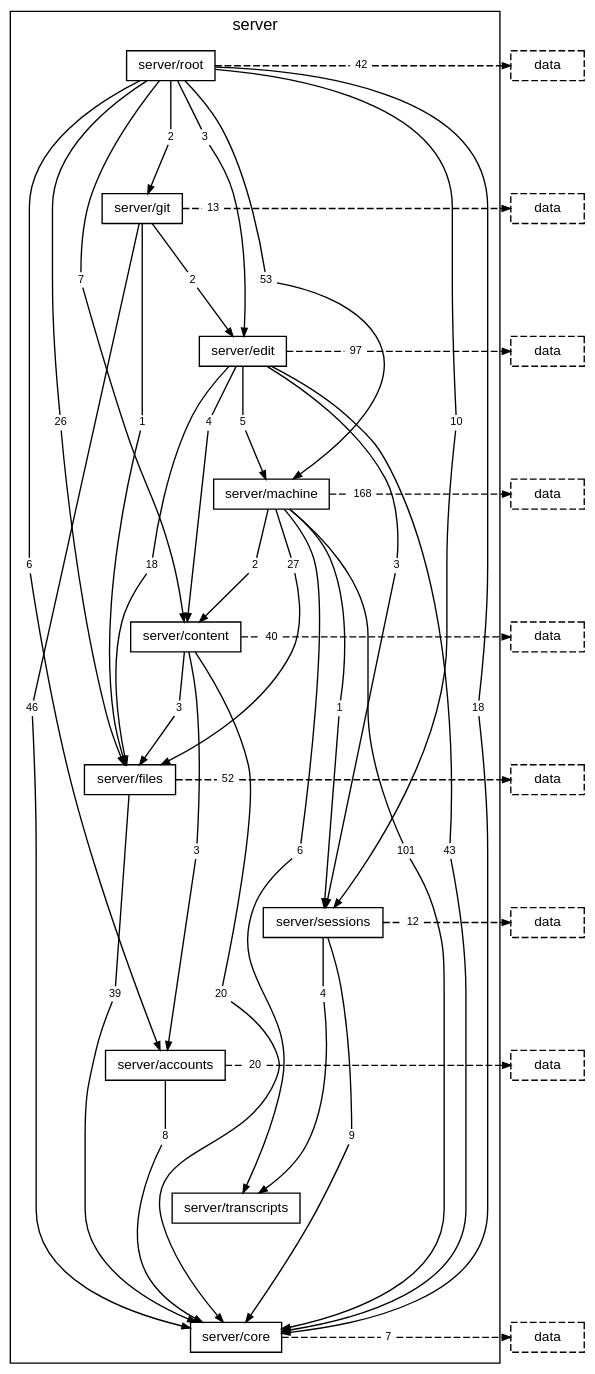
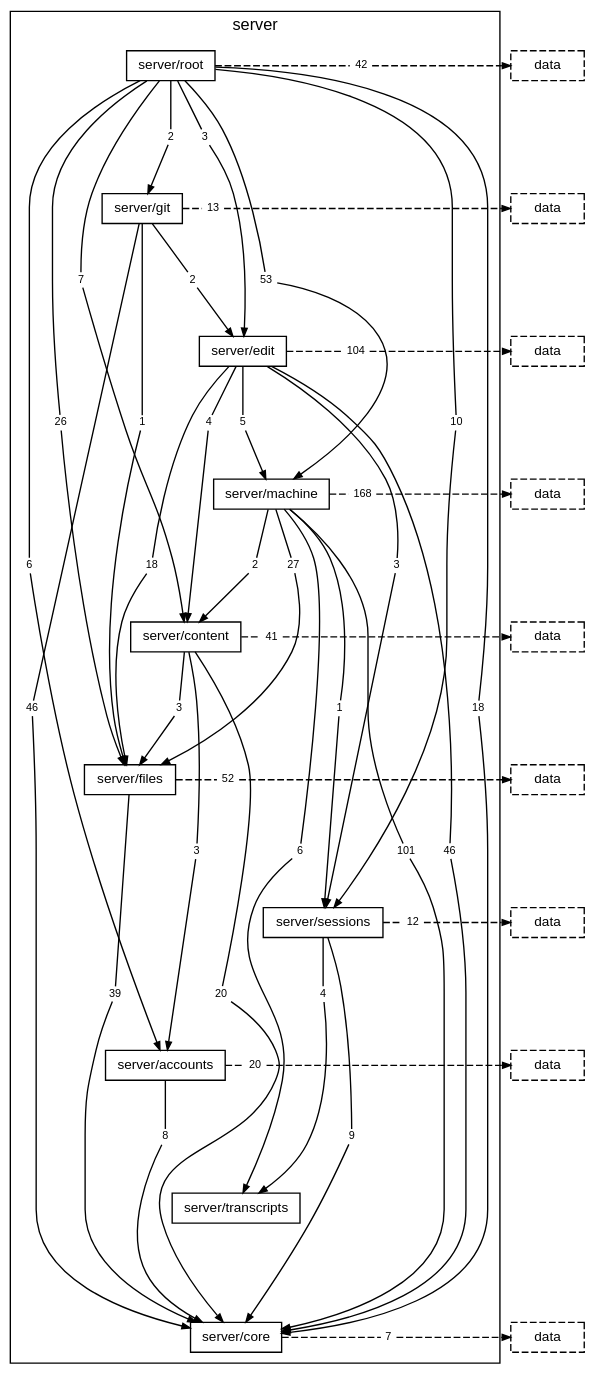
The diagram in docs/diagrams/layer-server.dot (TheAxeC/oculus), drawn with Graphviz before and after one commit. The commit also changed 192 other files, not shown here.

```diff
--- a/docs/diagrams/layer-server.dot
+++ b/docs/diagrams/layer-server.dot
@@ -28,11 +28,11 @@
         "folder server/git to folder server/files" [label="1", shape=box, color="transparent", fontsize=8, width=0, height=0, margin="0.04,0.02"];
         "folder server/git to layer data" [label="13", shape=box, color="transparent", fontsize=8, width=0, height=0, margin="0.04,0.02"];
         "folder server/edit to folder server/content" [label="4", shape=box, color="transparent", fontsize=8, width=0, height=0, margin="0.04,0.02"];
-        "folder server/edit to folder server/core" [label="43", shape=box, color="transparent", fontsize=8, width=0, height=0, margin="0.04,0.02"];
+        "folder server/edit to folder server/core" [label="46", shape=box, color="transparent", fontsize=8, width=0, height=0, margin="0.04,0.02"];
         "folder server/edit to folder server/files" [label="18", shape=box, color="transparent", fontsize=8, width=0, height=0, margin="0.04,0.02"];
         "folder server/edit to folder server/machine" [label="5", shape=box, color="transparent", fontsize=8, width=0, height=0, margin="0.04,0.02"];
         "folder server/edit to folder server/sessions" [label="3", shape=box, color="transparent", fontsize=8, width=0, height=0, margin="0.04,0.02"];
-        "folder server/edit to layer data" [label="97", shape=box, color="transparent", fontsize=8, width=0, height=0, margin="0.04,0.02"];
+        "folder server/edit to layer data" [label="104", shape=box, color="transparent", fontsize=8, width=0, height=0, margin="0.04,0.02"];
         "folder server/machine to folder server/content" [label="2", shape=box, color="transparent", fontsize=8, width=0, height=0, margin="0.04,0.02"];
         "folder server/machine to folder server/core" [label="101", shape=box, color="transparent", fontsize=8, width=0, height=0, margin="0.04,0.02"];
         "folder server/machine to folder server/files" [label="27", shape=box, color="transparent", fontsize=8, width=0, height=0, margin="0.04,0.02"];
@@ -42,7 +42,7 @@
         "folder server/content to folder server/accounts" [label="3", shape=box, color="transparent", fontsize=8, width=0, height=0, margin="0.04,0.02"];
         "folder server/content to folder server/core" [label="20", shape=box, color="transparent", fontsize=8, width=0, height=0, margin="0.04,0.02"];
         "folder server/content to folder server/files" [label="3", shape=box, color="transparent", fontsize=8, width=0, height=0, margin="0.04,0.02"];
-        "folder server/content to layer data" [label="40", shape=box, color="transparent", fontsize=8, width=0, height=0, margin="0.04,0.02"];
+        "folder server/content to layer data" [label="41", shape=box, color="transparent", fontsize=8, width=0, height=0, margin="0.04,0.02"];
         "folder server/files to folder server/core" [label="39", shape=box, color="transparent", fontsize=8, width=0, height=0, margin="0.04,0.02"];
         "folder server/files to layer data" [label="52", shape=box, color="transparent", fontsize=8, width=0, height=0, margin="0.04,0.02"];
         "folder server/sessions to folder server/core" [label="9", shape=box, color="transparent", fontsize=8, width=0, height=0, margin="0.04,0.02"];
```
